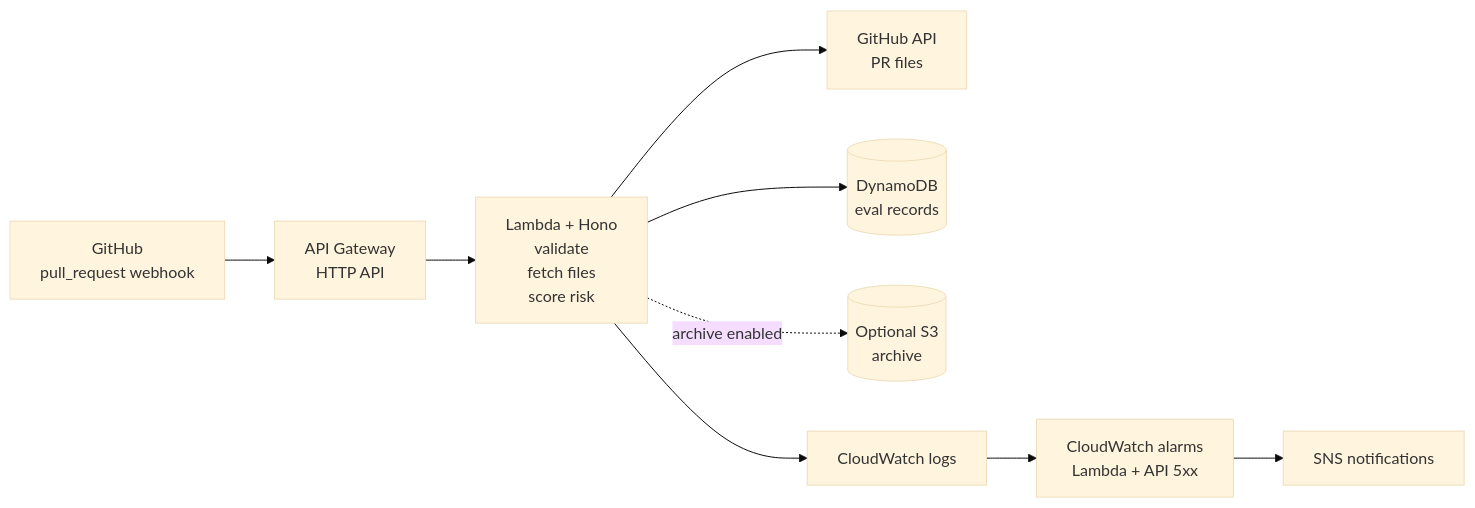
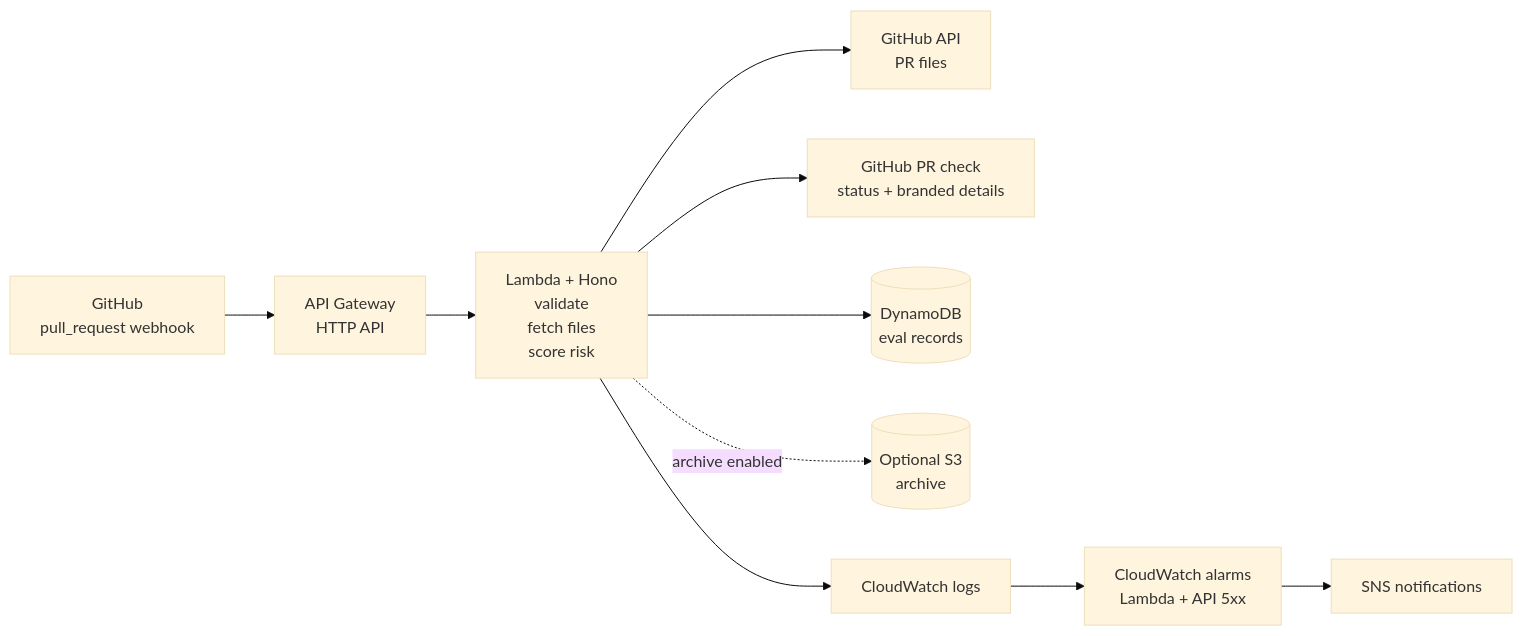
Before and after one commit to borgius/cvs-challenge: the diagram in diagrams/pr-concierge-architecture.slidev.md, drawn with Mermaid (base theme). The commit also changed other lines of this file and 11 other files, not shown here.

````diff
--- a/diagrams/pr-concierge-architecture.slidev.md
+++ b/diagrams/pr-concierge-architecture.slidev.md
@@ -138,18 +139,20 @@
 ```mermaid {theme: 'dark', scale: 0.66}
 flowchart LR
     GH["GitHub<br/>pull_request webhook"]
     APIGW["API Gateway<br/>HTTP API"]
   LAMBDA["Lambda + Hono<br/>validate<br/>fetch files<br/>score risk"]
   GHAPI["GitHub API<br/>PR files"]
+  CHECK["GitHub PR check<br/>status + branded details"]
   DDB[("DynamoDB<br/>eval records")]
   S3[("Optional S3<br/>archive")]
     LOGS["CloudWatch logs"]
   ALARMS["CloudWatch alarms<br/>Lambda + API 5xx"]
     SNS["SNS notifications"]
 
     GH --> APIGW --> LAMBDA
     LAMBDA --> GHAPI
+    LAMBDA --> CHECK
     LAMBDA --> DDB
     LAMBDA -. archive enabled .-> S3
     LAMBDA --> LOGS --> ALARMS --> SNS
 ```
````
